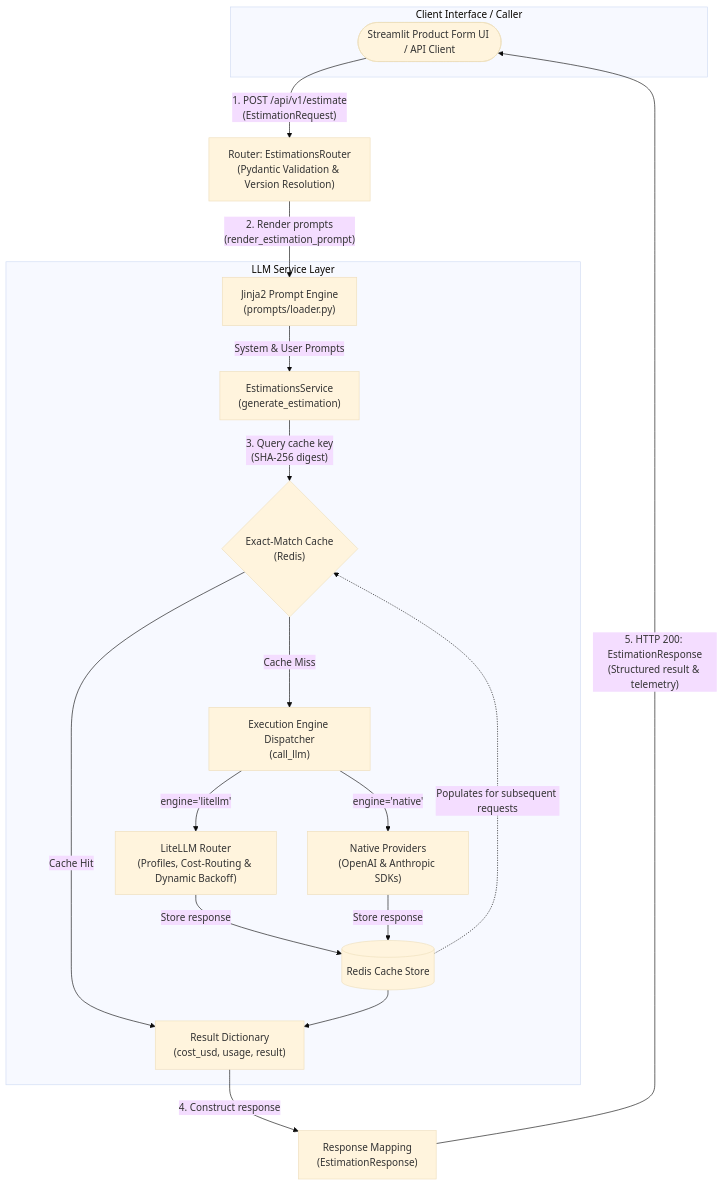
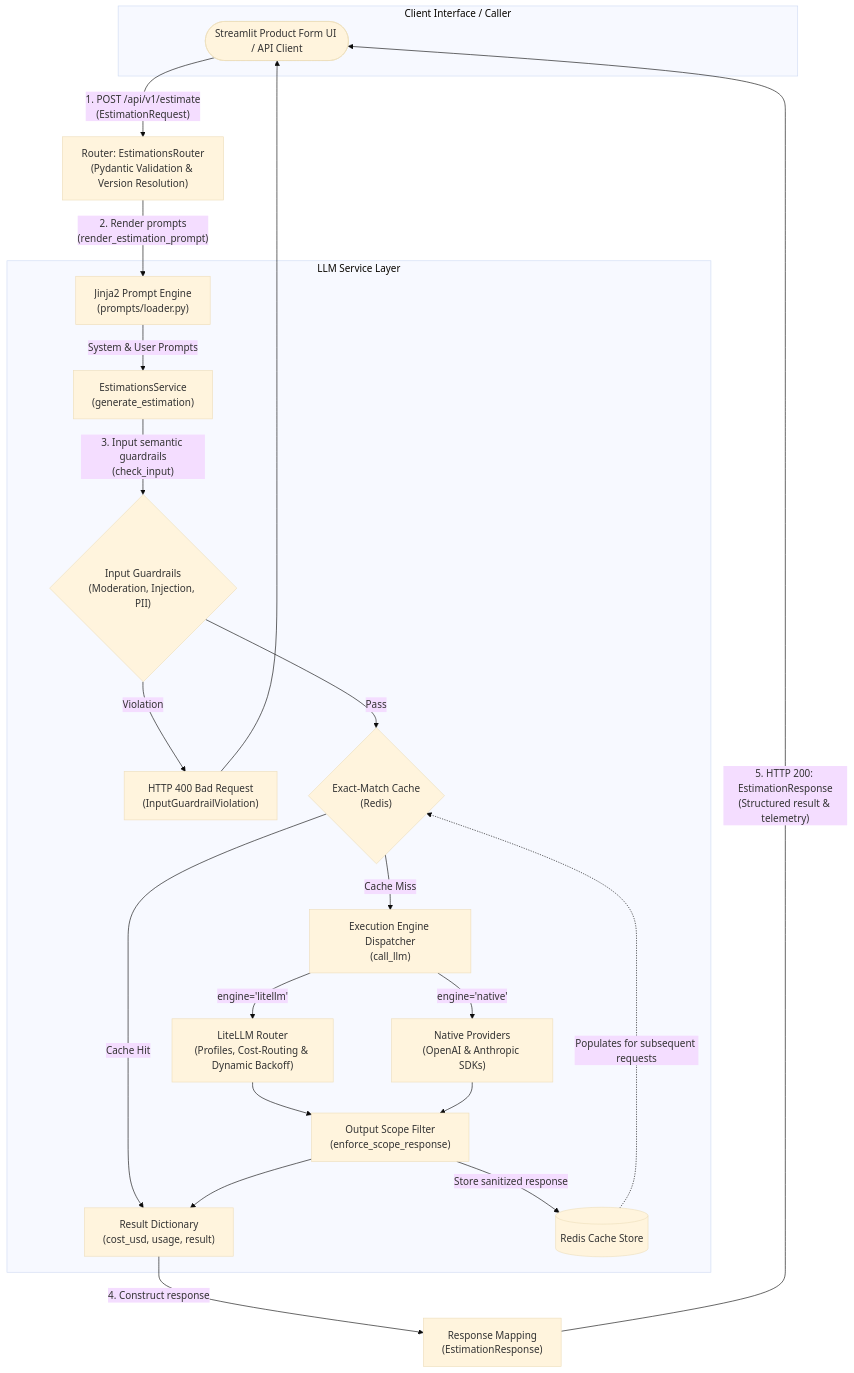
One commit to NestorDR/aie-estimator changed the diagram in README.md. Above: the diagram before and after it, drawn with Mermaid (base theme). The commit also changed other lines of this file and 21 other files, not shown here.

Commit message:
Implement guardrails for input validation and output normalization. Introduce input checks for moderation, prompt injection, and PII. Add output filtering for low-confidence results.

````diff
--- a/README.md
+++ b/README.md
@@ -28,27 +29,31 @@
 ```mermaid
 flowchart TD
     subgraph ClientLayer ["Client Interface / Caller"]
         Client(["Streamlit Product Form UI / API Client"])
     end
 
     Client -->|"1. POST /api/v1/estimate\n(EstimationRequest)"| Router["Router: EstimationsRouter\n(Pydantic Validation & Version Resolution)"]
     Router -->|"2. Render prompts\n(render_estimation_prompt)"| TemplateEngine["Jinja2 Prompt Engine\n(prompts/loader.py)"]
 
     subgraph ServiceLayer ["LLM Service Layer"]
         TemplateEngine -->|"System & User Prompts"| Service["EstimationsService\n(generate_estimation)"]
-        Service -->|"3. Query cache key\n(SHA-256 digest)"| CacheCheck{"Exact-Match Cache\n(Redis)"}
+        Service -->|"3. Input semantic guardrails\n(check_input)"| InputGuard{"Input Guardrails\n(Moderation, Injection, PII)"}
+        InputGuard -->|"Violation"| HTTP400["HTTP 400 Bad Request\n(InputGuardrailViolation)"]
+        HTTP400 --> Client
+        InputGuard -->|"Pass"| CacheCheck{"Exact-Match Cache\n(Redis)"}
 
         CacheCheck -->|"Cache Hit"| ServiceOutput["Result Dictionary\n(cost_usd, usage, result)"]
         CacheCheck -->|"Cache Miss"| Dispatcher["Execution Engine Dispatcher\n(call_llm)"]
 
         Dispatcher -->|"engine='litellm'"| LiteLLMRouting["LiteLLM Router\n(Profiles, Cost-Routing & Dynamic Backoff)"]
         Dispatcher -->|"engine='native'"| NativeProviders["Native Providers\n(OpenAI & Anthropic SDKs)"]
-        LiteLLMRouting -->|"Store response"| CacheStore[("Redis Cache Store")]
-        NativeProviders -->|"Store response"| CacheStore
+        LiteLLMRouting --> OutputFilter["Output Scope Filter\n(enforce_scope_response)"]
+        NativeProviders --> OutputFilter
+        OutputFilter -->|"Store sanitized response"| CacheStore[("Redis Cache Store")]
         CacheStore -.->|"Populates for subsequent requests"| CacheCheck
-        CacheStore --> ServiceOutput
+        OutputFilter --> ServiceOutput
     end
 
     ServiceOutput -->|"4. Construct response"| ResponseMapper["Response Mapping\n(EstimationResponse)"]
     ResponseMapper -->|"5. HTTP 200: EstimationResponse\n(Structured result & telemetry)"| Client
 ```
````
